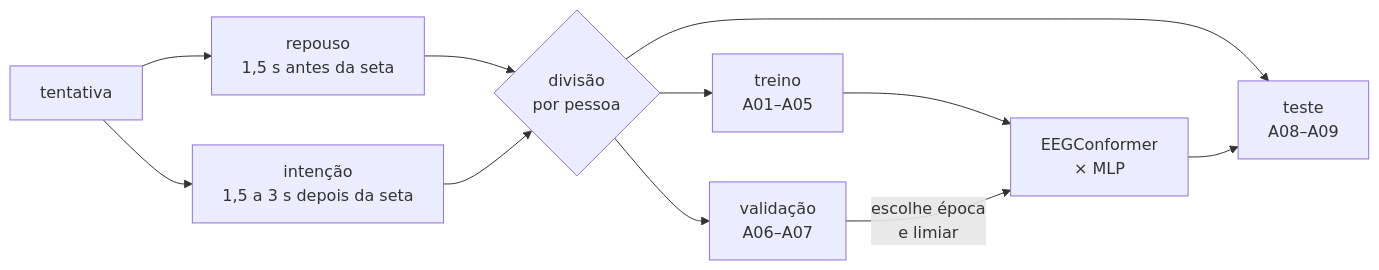
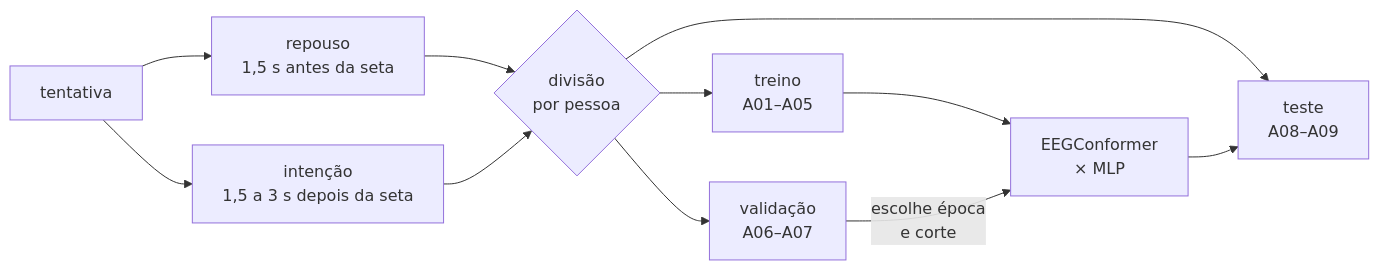
One commit to kafb04/data-engineering-multimodal-ai changed the fifth of 7 diagrams in README.md. Above: the diagram before and after it, drawn with Mermaid. The commit also changed other lines of this file and 2 other files, not shown here.

````diff
--- a/README.md
+++ b/README.md
@@ -217,12 +217,12 @@
 ```mermaid
 flowchart LR
     S["tentativa"] --> R["repouso<br/>1,5 s antes da seta"]
     S --> I["intenção<br/>1,5 a 3 s depois da seta"]
     R & I --> D{"divisão<br/>por pessoa"}
     D --> TR["treino<br/>A01–A05"]
     D --> VA["validação<br/>A06–A07"]
     D --> TE["teste<br/>A08–A09"]
     TR --> M["EEGConformer<br/>× MLP"]
-    VA -->|"escolhe época<br/>e limiar"| M
+    VA -->|"escolhe época<br/>e corte"| M
     M --> TE
 ```
````
